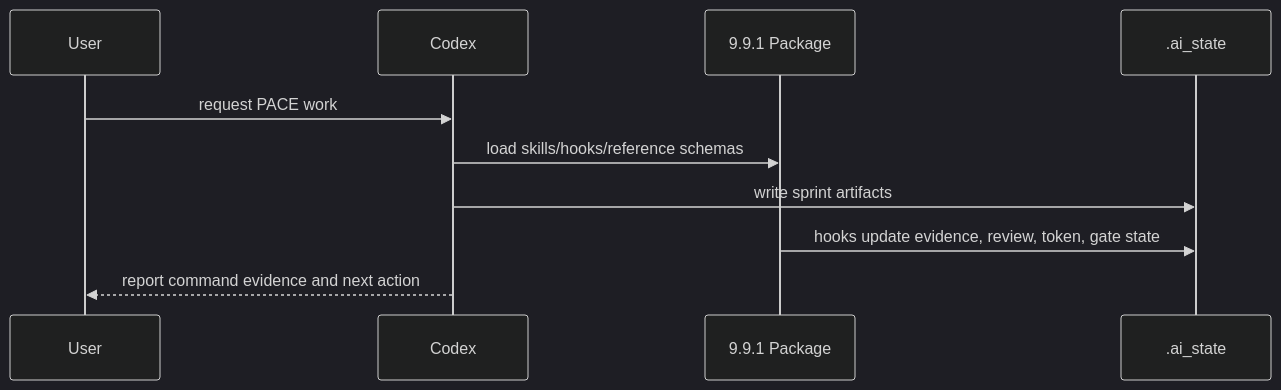
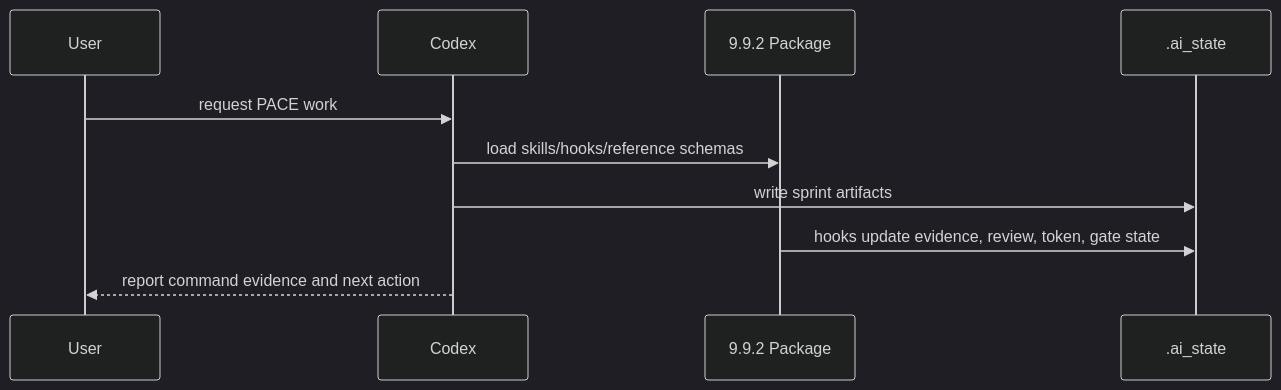
One commit to WenJunDuan/Rlues changed the second of 2 diagrams in .ai_state/architecture/ARCHITECTURE.md. Above: the diagram before and after it, drawn with Mermaid (dark theme). The commit also changed other lines of this file and 11 other files, not shown here.

````diff
--- a/.ai_state/architecture/ARCHITECTURE.md
+++ b/.ai_state/architecture/ARCHITECTURE.md
@@ -53,12 +54,12 @@
 ```mermaid
 sequenceDiagram
     participant User
     participant Codex
-    participant Package as 9.9.1 Package
+    participant Package as 9.9.2 Package
     participant State as .ai_state
     User->>Codex: request PACE work
     Codex->>Package: load skills/hooks/reference schemas
     Codex->>State: write sprint artifacts
     Package->>State: hooks update evidence, review, token, gate state
     Codex-->>User: report command evidence and next action
 ```
````
